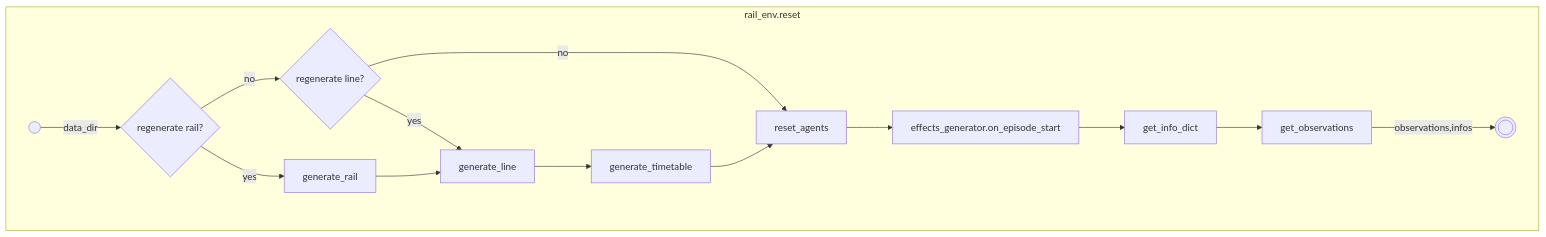
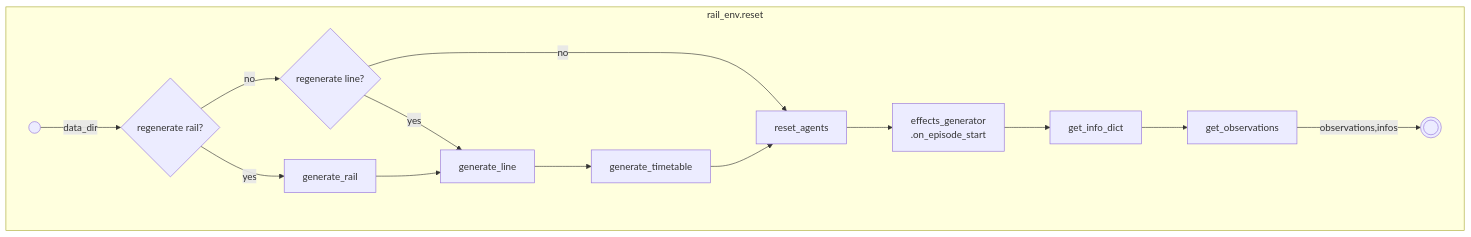
Before and after one commit to flatland-association/flatland-book: the fifth of 5 diagrams in key-concepts/key_concepts.md, drawn with Mermaid.

Commit message:
Fix rendering.

````diff
--- a/key-concepts/key_concepts.md
+++ b/key-concepts/key_concepts.md
@@ -306,18 +306,18 @@
 ```mermaid
 flowchart TD
     subgraph rail_env.reset
         start(("&nbsp;")) -->|data_dir| regenerate_rail{regenerate rail?}
         regenerate_rail -->|no| regenerate_line{regenerate line?}
         regenerate_rail -->|yes| generate_rail
         regenerate_line -->|yes| generate_line
         regenerate_line -->|no| reset_agents
         generate_rail --> generate_line
         generate_line --> generate_timetable
         generate_timetable --> reset_agents
-        reset_agents --> effects_generator.on_episode_start
+        reset_agents --> effects_generator.on_episode_start[effects_generator<br/>.on_episode_start]
         effects_generator.on_episode_start --> get_info_dict
         get_info_dict --> get_observations
         get_observations -->|observations,infos| end_((("&nbsp;")))
     end
 
 ```
````
